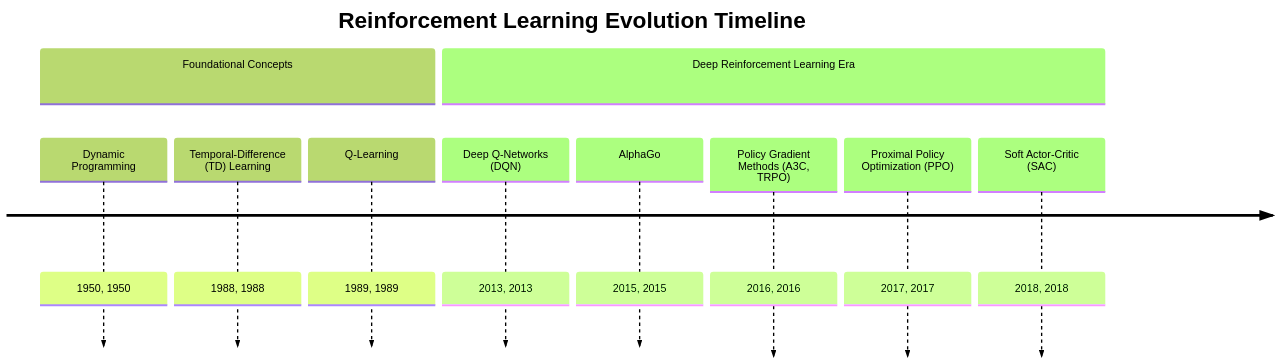
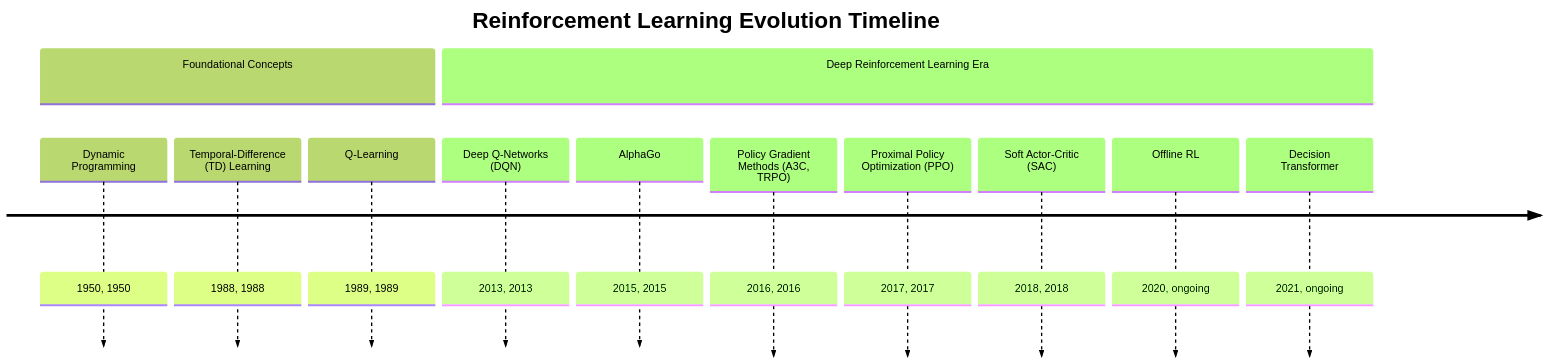
The first of 3 diagrams in docs/deep-learning/en/reinforcement_learning_evolution_document.md (tt33415366/python_data_process_lib_intro), drawn with Mermaid (forest theme) before and after one commit. The commit also changed other lines of this file and 1 other file, not shown here.

````diff
--- a/docs/deep-learning/en/reinforcement_learning_evolution_document.md
+++ b/docs/deep-learning/en/reinforcement_learning_evolution_document.md
@@ -13,17 +13,19 @@
 ```mermaid
 timeline
     dateFormat  YYYY
     title Reinforcement Learning Evolution Timeline
 
     section Foundational Concepts
     Dynamic Programming   : 1950, 1950
     Temporal-Difference (TD) Learning : 1988, 1988
     Q-Learning            : 1989, 1989
 
     section Deep Reinforcement Learning Era
     Deep Q-Networks (DQN) : 2013, 2013
     AlphaGo               : 2015, 2015
     Policy Gradient Methods (A3C, TRPO) : 2016, 2016
     Proximal Policy Optimization (PPO) : 2017, 2017
     Soft Actor-Critic (SAC) : 2018, 2018
+    Offline RL            : 2020, ongoing
+    Decision Transformer  : 2021, ongoing
 ```
````
